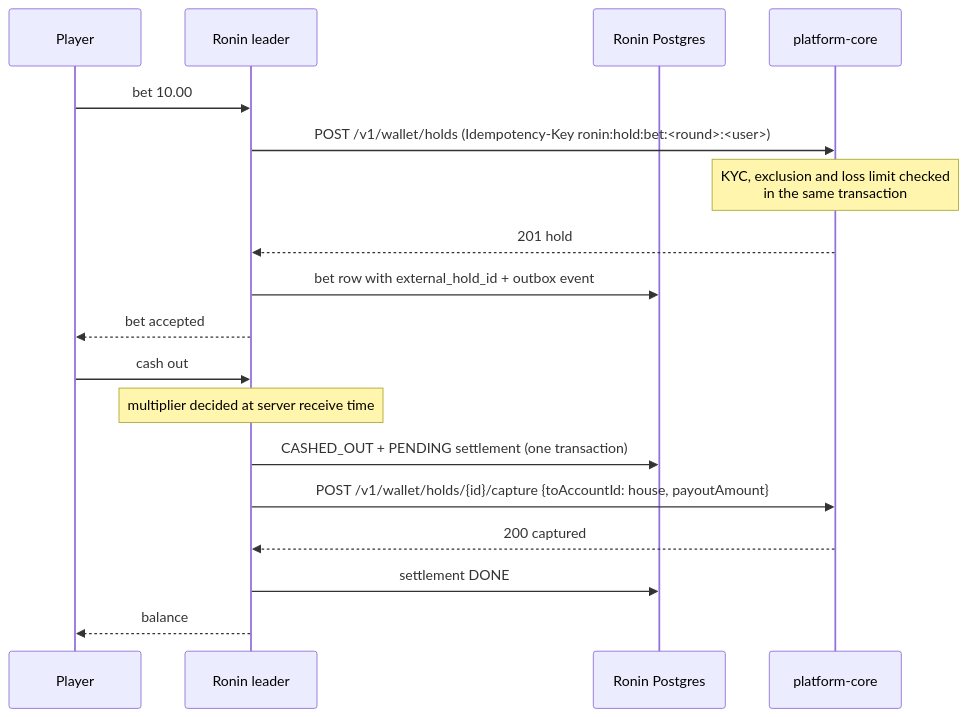
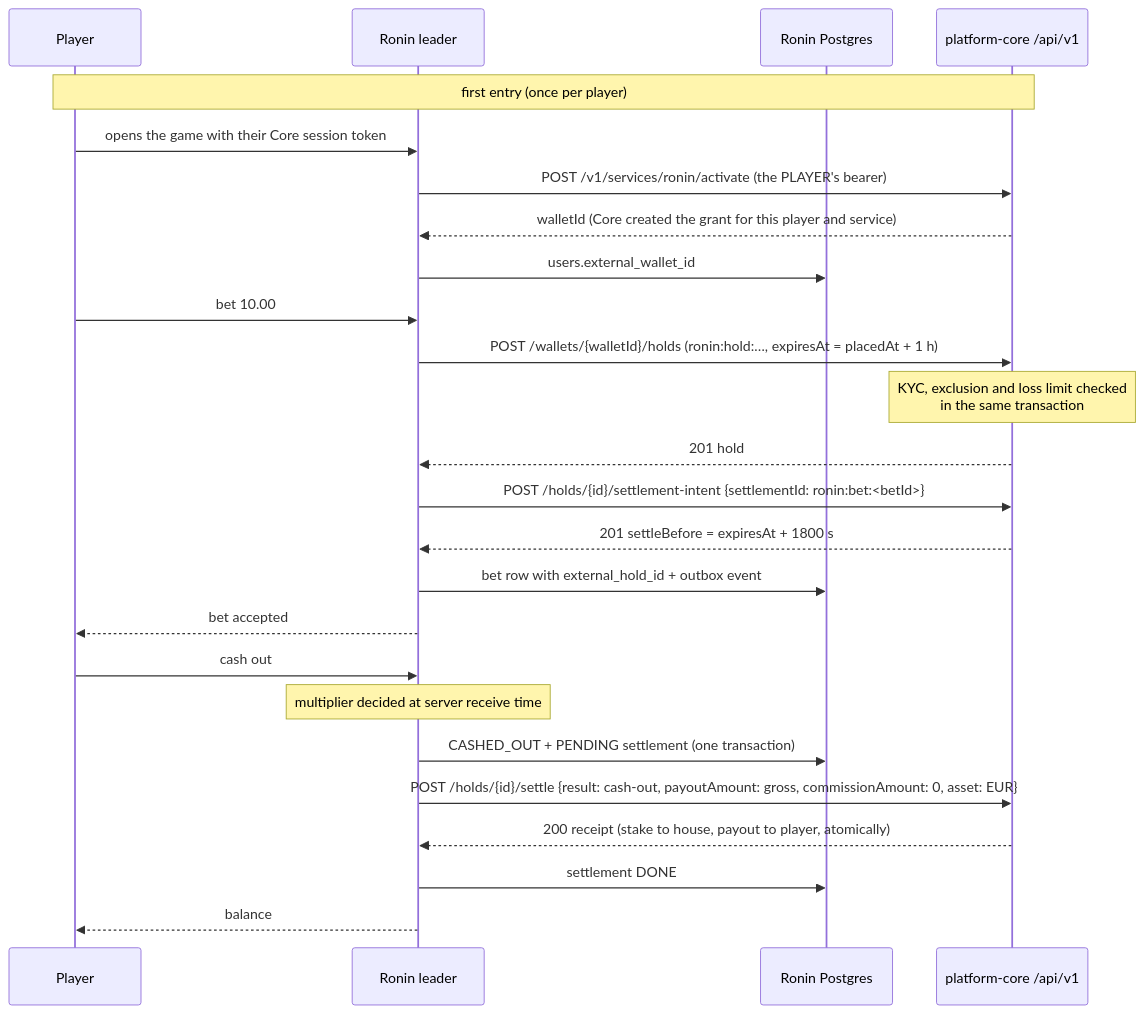
Before and after one commit to Danimagnum/ronin-rush: the diagram in docs/platform-mode.md, drawn with Mermaid. The commit also changed other lines of this file and 2 other files, not shown here.

Commit message:
docs: /api/v1 flow, verification against Core v0.2.0, platform-infra additions

````diff
--- a/docs/platform-mode.md
+++ b/docs/platform-mode.md
@@ -18,20 +18,27 @@
 ```mermaid
 sequenceDiagram
   participant P as Player
   participant R as Ronin leader
   participant DB as Ronin Postgres
-  participant C as platform-core
+  participant C as platform-core /api/v1
+  Note over P,C: first entry (once per player)
+  P->>R: opens the game with their Core session token
+  R->>C: POST /v1/services/ronin/activate (the PLAYER's bearer)
+  C-->>R: walletId (Core created the grant for this player and service)
+  R->>DB: users.external_wallet_id
   P->>R: bet 10.00
-  R->>C: POST /v1/wallet/holds (Idempotency-Key ronin:hold:bet:<round>:<user>)
+  R->>C: POST /wallets/{walletId}/holds (ronin:hold:…, expiresAt = placedAt + 1 h)
   Note over C: KYC, exclusion and loss limit checked<br/>in the same transaction
   C-->>R: 201 hold
+  R->>C: POST /holds/{id}/settlement-intent {settlementId: ronin:bet:<betId>}
+  C-->>R: 201 settleBefore = expiresAt + 1800 s
   R->>DB: bet row with external_hold_id + outbox event
   R-->>P: bet accepted
   P->>R: cash out
   Note over R: multiplier decided at server receive time
   R->>DB: CASHED_OUT + PENDING settlement (one transaction)
-  R->>C: POST /v1/wallet/holds/{id}/capture {toAccountId: house, payoutAmount}
-  C-->>R: 200 captured
+  R->>C: POST /holds/{id}/settle {result: cash-out, payoutAmount: gross, commissionAmount: 0, asset: EUR}
+  C-->>R: 200 receipt (stake to house, payout to player, atomically)
   R->>DB: settlement DONE
   R-->>P: balance
 ```
````
